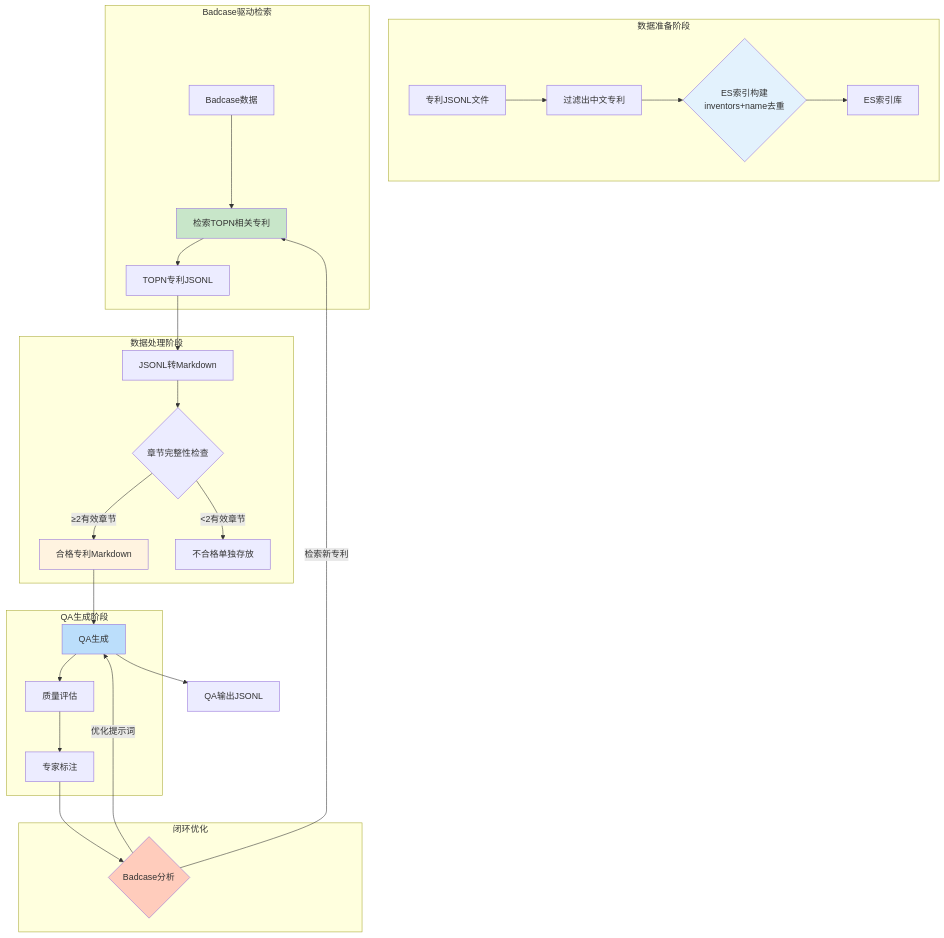
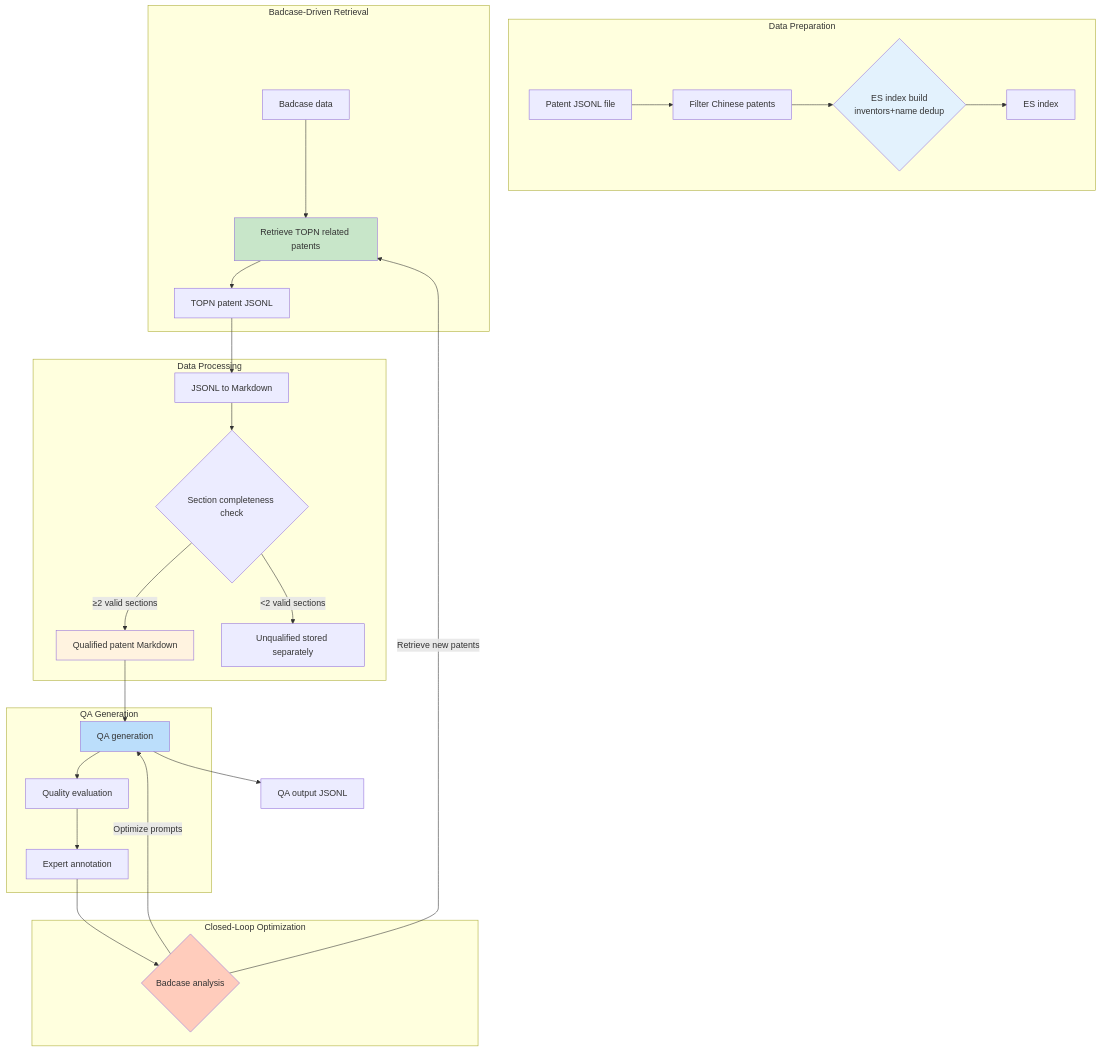
Before and after one commit to JackKuo666/QALoop: the second of 4 diagrams in pipelines/patent_synthesis/README.md, drawn with Mermaid. The commit also changed other lines of this file and 25 other files, not shown here.

````diff
--- a/pipelines/patent_synthesis/README.md
+++ b/pipelines/patent_synthesis/README.md
@@ -210,40 +210,40 @@
 ```mermaid
 flowchart TD
-    subgraph 数据准备阶段
-        A[专利JSONL文件] --> B[过滤出中文专利]
-        B --> C{ES索引构建<br/> inventors+name去重}
-        C --> D[ES索引库]
+    subgraph Data Preparation
+        A[Patent JSONL file] --> B[Filter Chinese patents]
+        B --> C{ES index build<br/> inventors+name dedup}
+        C --> D[ES index]
     end
 
-    subgraph Badcase驱动检索
-        E[Badcase数据] --> F[检索TOPN相关专利]
-        F --> G[TOPN专利JSONL]
+    subgraph Badcase-Driven Retrieval
+        E[Badcase data] --> F[Retrieve TOPN related patents]
+        F --> G[TOPN patent JSONL]
     end
 
-    subgraph 数据处理阶段
-        G --> H[JSONL转Markdown]
-        H --> I{章节完整性检查}
-        I -->|≥2有效章节| J[合格专利Markdown]
-        I -->|<2有效章节| K[不合格单独存放]
+    subgraph Data Processing
+        G --> H[JSONL to Markdown]
+        H --> I{Section completeness check}
+        I -->|≥2 valid sections| J[Qualified patent Markdown]
+        I -->|<2 valid sections| K[Unqualified stored separately]
     end
 
-    subgraph QA生成阶段
-        J --> L[QA生成]
-        L --> M[质量评估]
-        M --> N[专家标注]
+    subgraph QA Generation
+        J --> L[QA generation]
+        L --> M[Quality evaluation]
+        M --> N[Expert annotation]
     end
 
-    subgraph 闭环优化
-        N --> O{Badcase分析}
-        O -->|优化提示词| L
-        O -->|检索新专利| F
+    subgraph Closed-Loop Optimization
+        N --> O{Badcase analysis}
+        O -->|Optimize prompts| L
+        O -->|Retrieve new patents| F
     end
 
-    L --> P[QA输出JSONL]
+    L --> P[QA output JSONL]
 
     style C fill:#e3f2fd
     style F fill:#c8e6c9
     style J fill:#fff3e0
     style L fill:#bbdefb
     style O fill:#ffccbc
 ```
````
